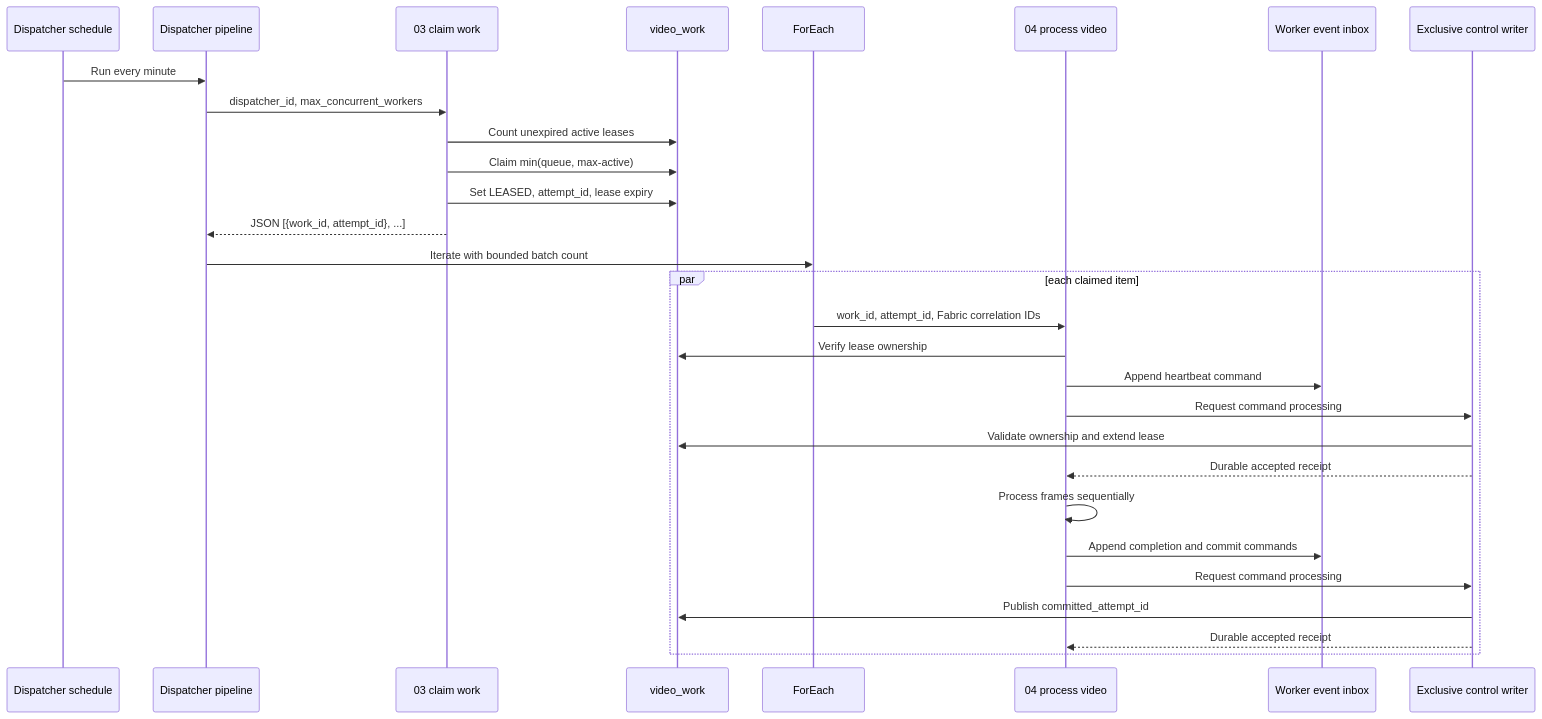
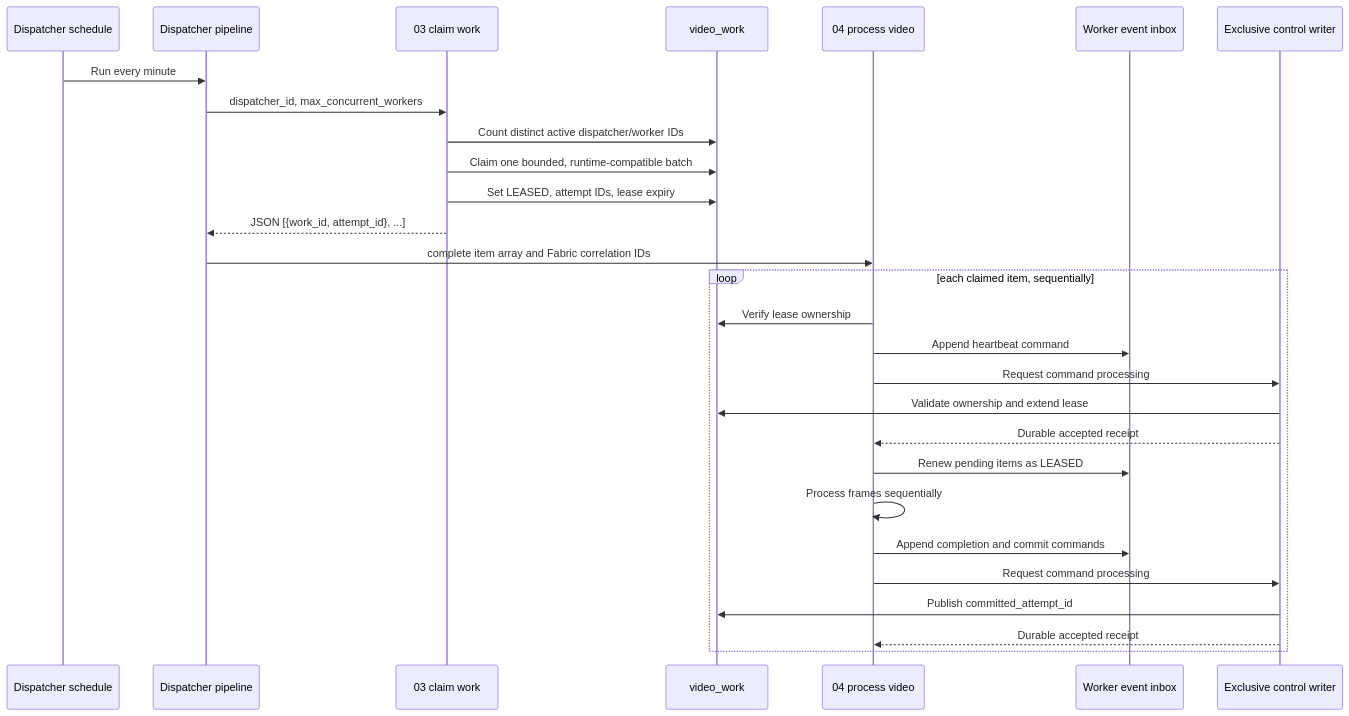
The third of 7 diagrams in notebooks/fabric/README.md (martins-vds/people-counter), drawn with Mermaid before and after one commit. The commit also changed other lines of this file and 9 other files, not shown here.

````diff
--- a/notebooks/fabric/README.md
+++ b/notebooks/fabric/README.md
@@ -272,32 +271,31 @@
 ```mermaid
 sequenceDiagram
     participant S as Dispatcher schedule
     participant P as Dispatcher pipeline
     participant C as 03 claim work
     participant W as video_work
-    participant F as ForEach
     participant V as 04 process video
     participant E as Worker event inbox
     participant X as Exclusive control writer
 
     S->>P: Run every minute
     P->>C: dispatcher_id, max_concurrent_workers
-    C->>W: Count unexpired active leases
-    C->>W: Claim min(queue, max-active)
-    C->>W: Set LEASED, attempt_id, lease expiry
+    C->>W: Count distinct active dispatcher/worker IDs
+    C->>W: Claim one bounded, runtime-compatible batch
+    C->>W: Set LEASED, attempt IDs, lease expiry
     C-->>P: JSON [{work_id, attempt_id}, ...]
-    P->>F: Iterate with bounded batch count
-    par each claimed item
-        F->>V: work_id, attempt_id, Fabric correlation IDs
+    P->>V: complete item array and Fabric correlation IDs
+    loop each claimed item, sequentially
         V->>W: Verify lease ownership
         V->>E: Append heartbeat command
         V->>X: Request command processing
         X->>W: Validate ownership and extend lease
         X-->>V: Durable accepted receipt
+        V->>E: Renew pending items as LEASED
         V->>V: Process frames sequentially
         V->>E: Append completion and commit commands
         V->>X: Request command processing
         X->>W: Publish committed_attempt_id
         X-->>V: Durable accepted receipt
     end
 ```
````
